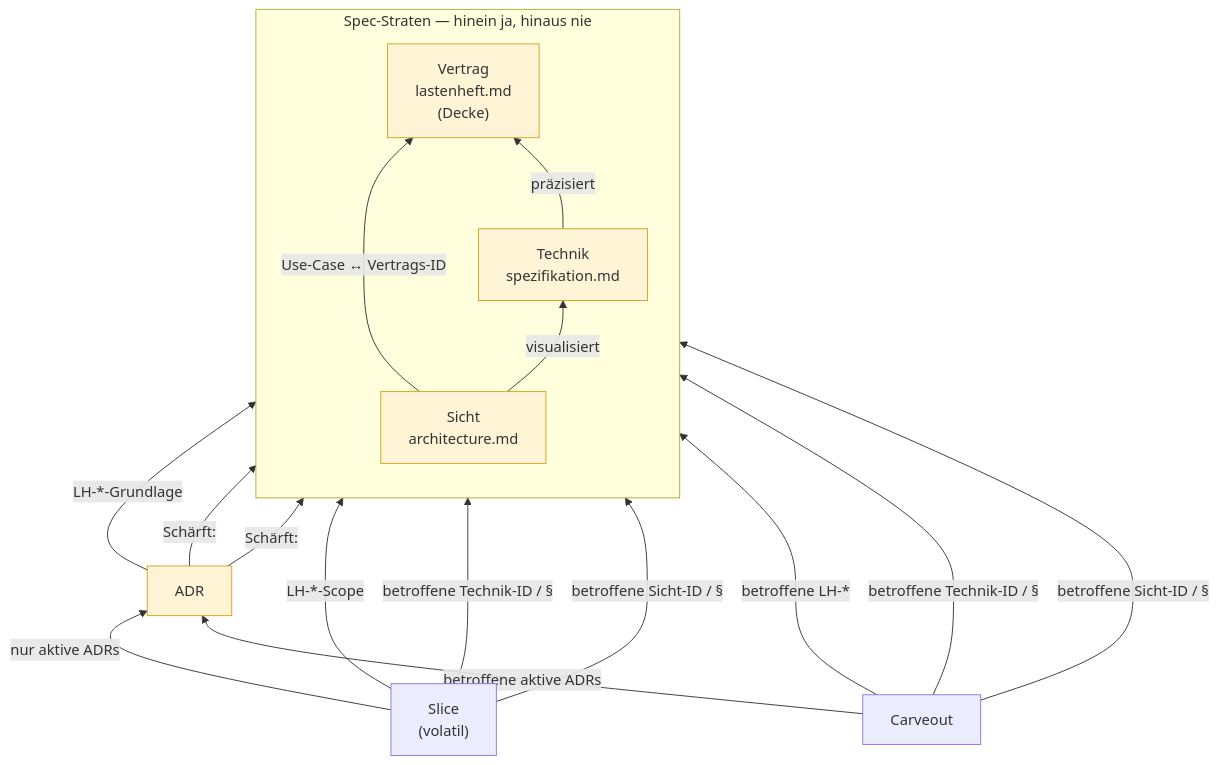
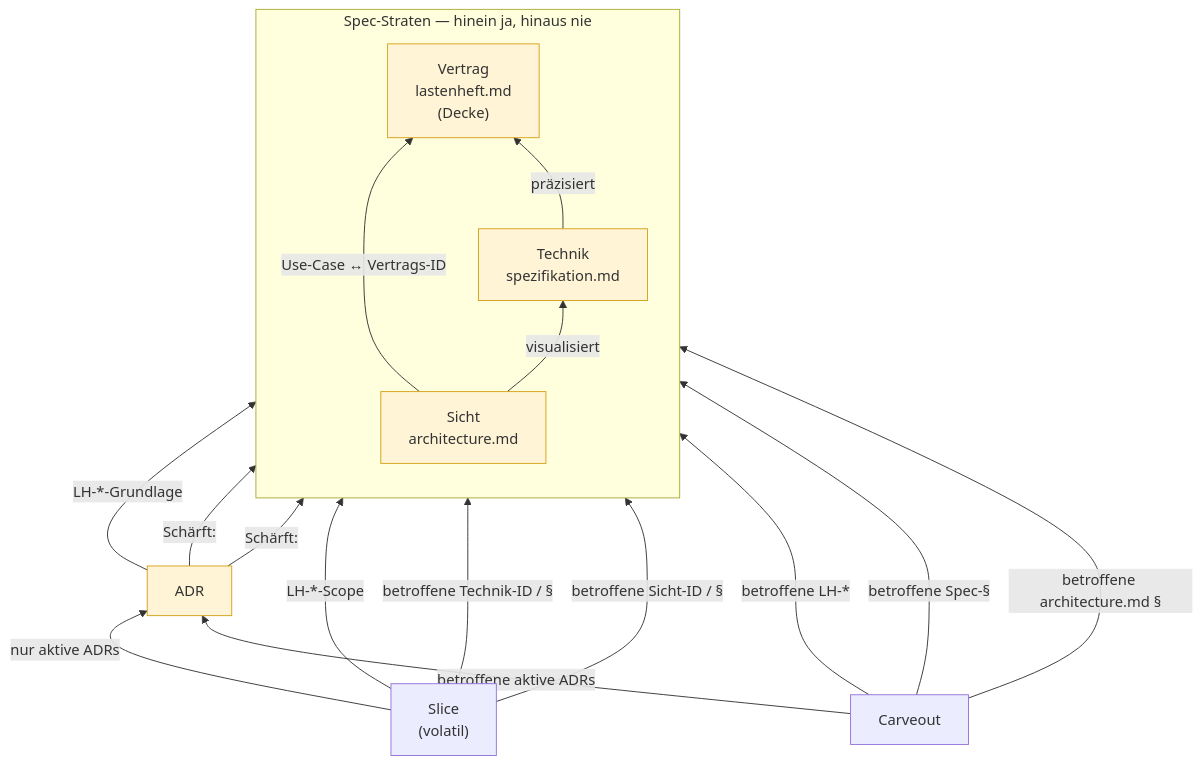
The first of 3 diagrams in kurs/de/grundlagen/referenz-richtung.md (pt9912/ai-harness-course), drawn with Mermaid before and after one commit. The commit also changed other lines of this file and 31 other files, not shown here.

````diff
--- a/kurs/de/grundlagen/referenz-richtung.md
+++ b/kurs/de/grundlagen/referenz-richtung.md
@@ -60,24 +67,24 @@
 ```mermaid
 flowchart BT
     subgraph SPEC["Spec-Straten — hinein ja, hinaus nie"]
         direction BT
         V["Sicht<br/>architecture.md"] -->|visualisiert| T["Technik<br/>spezifikation.md"]
         V -->|"Use-Case ↔ Vertrags-ID"| L["Vertrag<br/>lastenheft.md<br/>(Decke)"]
         T -->|präzisiert| L
     end
     A["ADR"] -->|"LH-*-Grundlage"| L
     A -->|"Schärft:"| T
     A -->|"Schärft:"| V
     S["Slice<br/>(volatil)"] -->|"LH-*-Scope"| L
     S -->|"betroffene Technik-ID / §"| T
     S -->|"betroffene Sicht-ID / §"| V
     S -->|"nur aktive ADRs"| A
     C["Carveout"] -->|"betroffene LH-*"| L
-    C -->|"betroffene Technik-ID / §"| T
-    C -->|"betroffene Sicht-ID / §"| V
+    C -->|"betroffene Spec-§"| T
+    C -->|"betroffene architecture.md §"| V
     C -->|"betroffene aktive ADRs"| A
     style L fill:#fff4d6,stroke:#d4a017
     style T fill:#fff4d6,stroke:#d4a017
     style V fill:#fff4d6,stroke:#d4a017
     style A fill:#fff4d6,stroke:#d4a017
 ```
````
